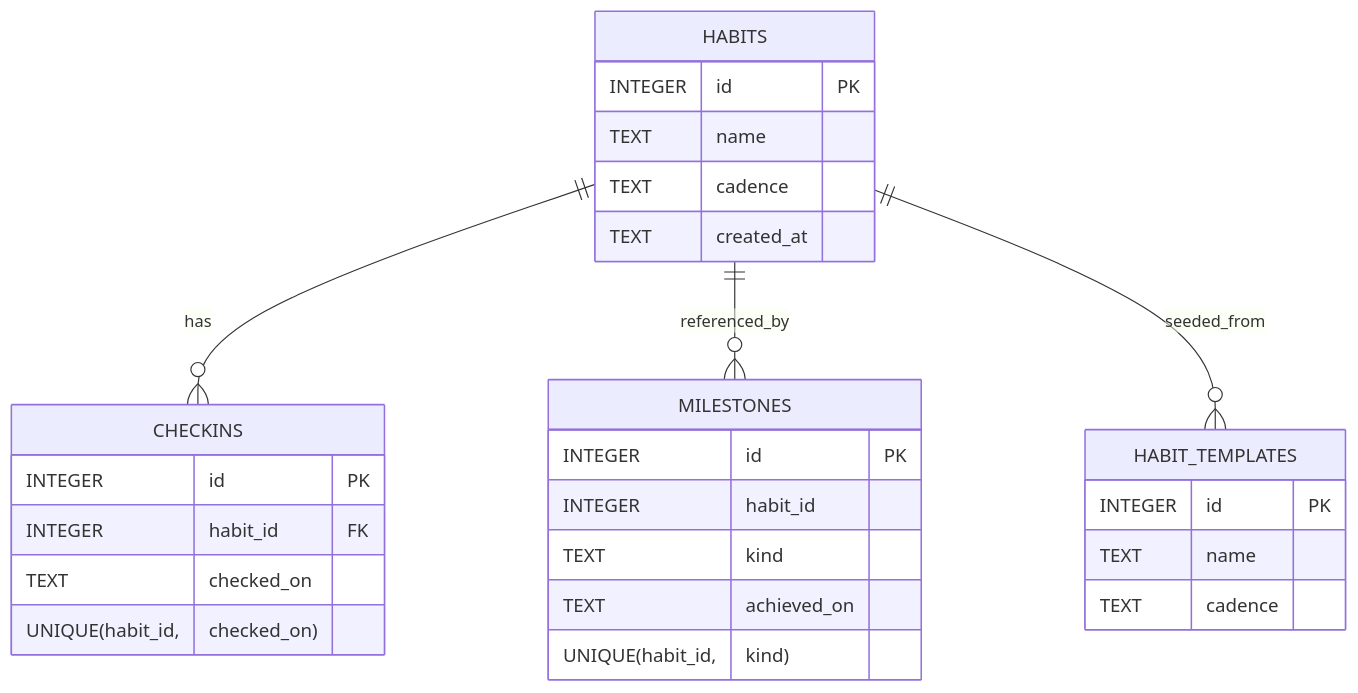
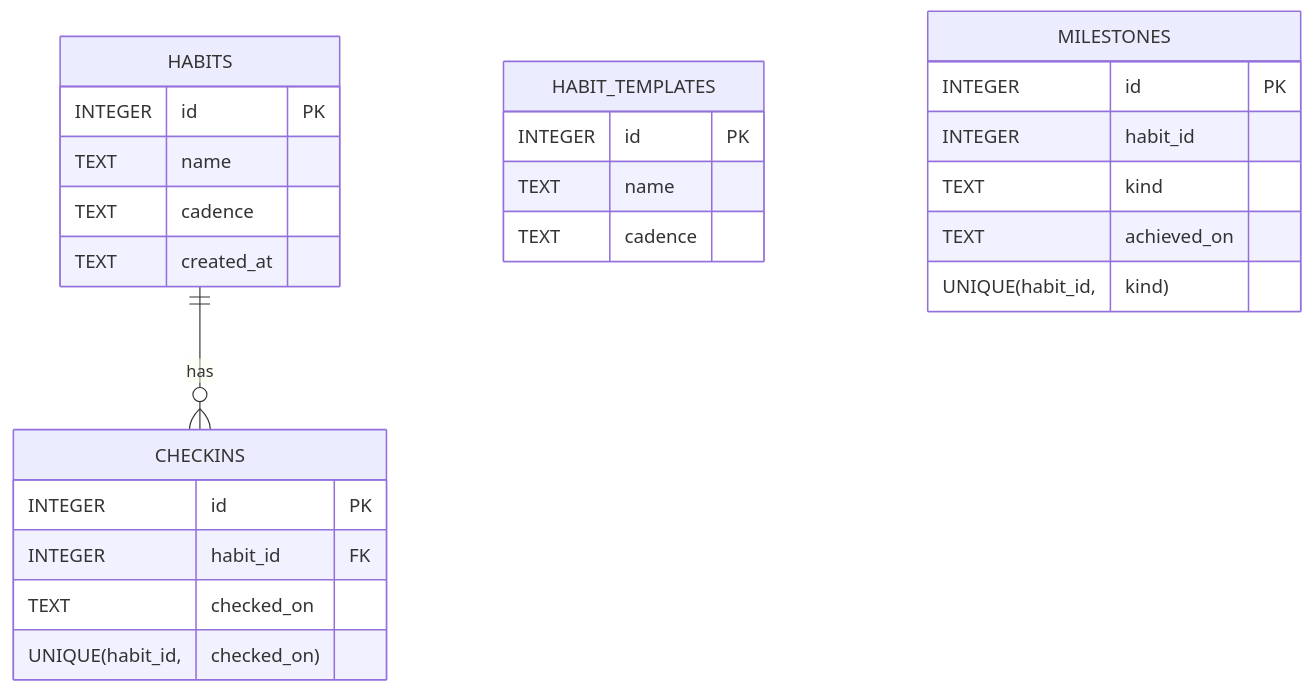
One commit to NikitaDjandjgava/Devops_Habit_Tracker changed the second of 2 diagrams in REPORT.md. Above: the diagram before and after it, drawn with Mermaid. The commit also changed other lines of this file and 22 other files, not shown here.

````diff
--- a/REPORT.md
+++ b/REPORT.md
@@ -49,34 +49,32 @@
 ```mermaid
 erDiagram
     HABITS ||--o{ CHECKINS : has
-    HABITS ||--o{ MILESTONES : referenced_by
-    HABITS ||--o{ HABIT_TEMPLATES : seeded_from
 
     HABITS {
         INTEGER id PK
         TEXT name
         TEXT cadence
         TEXT created_at
     }
 
     CHECKINS {
         INTEGER id PK
         INTEGER habit_id FK
         TEXT checked_on
         UNIQUE(habit_id, checked_on)
     }
 
     HABIT_TEMPLATES {
         INTEGER id PK
         TEXT name
         TEXT cadence
     }
 
     MILESTONES {
         INTEGER id PK
         INTEGER habit_id
         TEXT kind
         TEXT achieved_on
         UNIQUE(habit_id, kind)
     }
 ```
````
